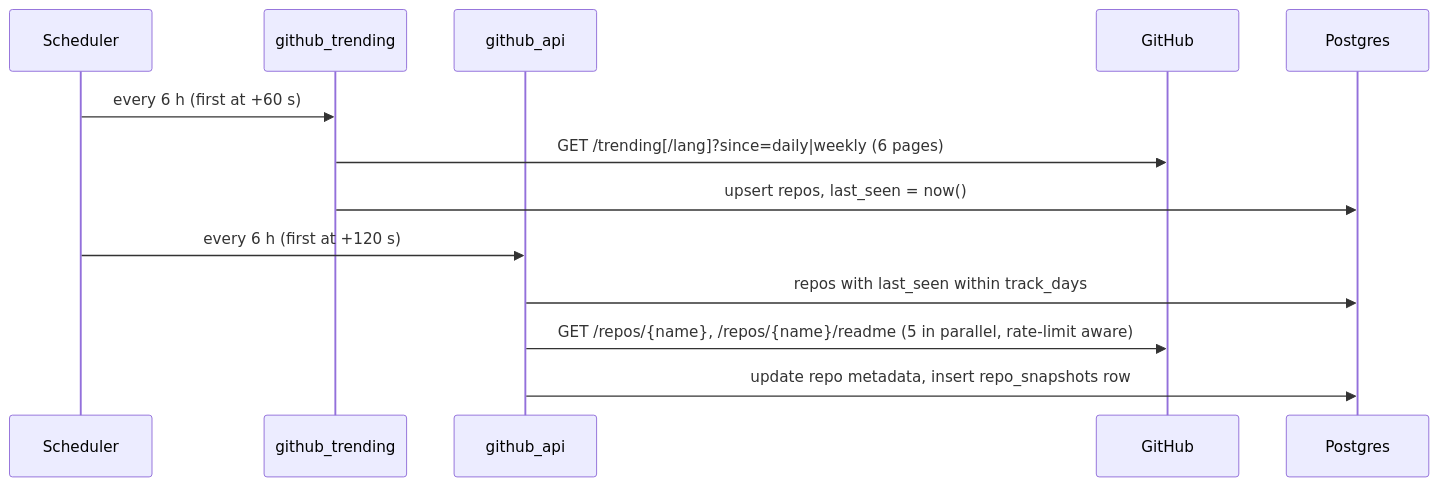
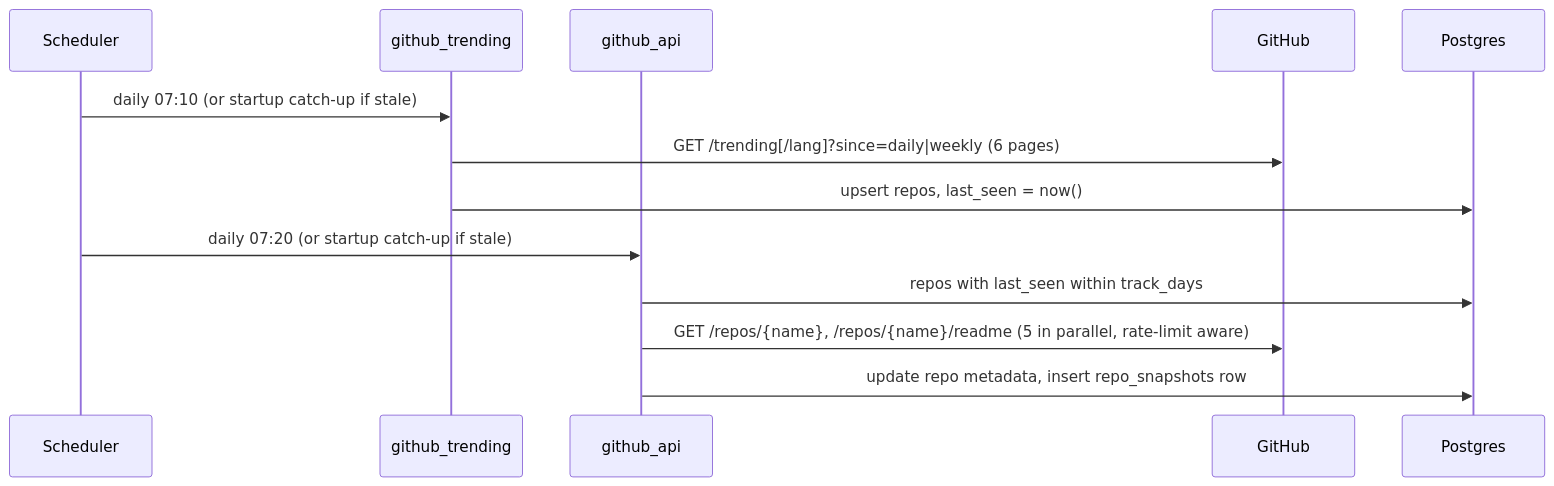
Before and after one commit to WinerDeCoder/My-Reporters-Agent-Workspace: the third of 4 diagrams in docs/architecture/overview.md, drawn with Mermaid. The commit also changed other lines of this file and 23 other files, not shown here.

First line of the commit message:
feat(scheduler): run collectors daily at fixed times with startup catch-up (Q-014)

````diff
--- a/docs/architecture/overview.md
+++ b/docs/architecture/overview.md
@@ -90,15 +90,15 @@
 ```mermaid
 sequenceDiagram
     participant S as Scheduler
     participant T as github_trending
     participant A as github_api
     participant GH as GitHub
     participant DB as Postgres
-    S->>T: every 6 h (first at +60 s)
+    S->>T: daily 07:10 (or startup catch-up if stale)
     T->>GH: GET /trending[/lang]?since=daily|weekly (6 pages)
     T->>DB: upsert repos, last_seen = now()
-    S->>A: every 6 h (first at +120 s)
+    S->>A: daily 07:20 (or startup catch-up if stale)
     A->>DB: repos with last_seen within track_days
     A->>GH: GET /repos/{name}, /repos/{name}/readme (5 in parallel, rate-limit aware)
     A->>DB: update repo metadata, insert repo_snapshots row
 ```
````
